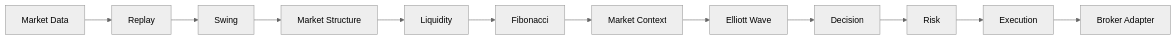
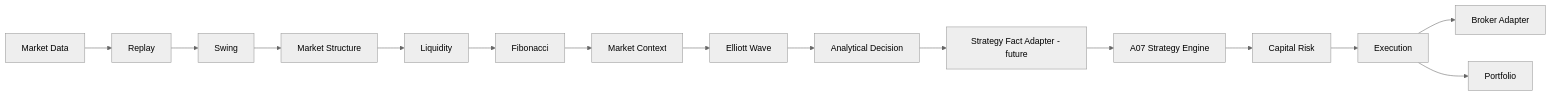
Before and after one commit to AymenBarka/EPIP: the diagram in README.md, drawn with Mermaid (neutral theme). The commit also changed other lines of this file and 11 other files, not shown here.

Commit message:
docs(architecture): reconcile post-v1.6 strategy ownership

````diff
--- a/README.md
+++ b/README.md
@@ -23,14 +23,17 @@
 ```mermaid
 flowchart LR
     MD[Market Data] --> RP[Replay]
     RP --> SW[Swing]
     SW --> MS[Market Structure]
     MS --> LQ[Liquidity]
     LQ --> FB[Fibonacci]
     FB --> CT[Market Context]
     CT --> EW[Elliott Wave]
-    EW --> DE[Decision]
-    DE --> RK[Risk]
+    EW --> DE[Analytical Decision]
+    DE --> FA[Strategy Fact Adapter - future]
+    FA --> A07[A07 Strategy Engine]
+    A07 --> RK[Capital Risk]
     RK --> EX[Execution]
     EX --> BA[Broker Adapter]
+    EX --> PF[Portfolio]
 ```
````
